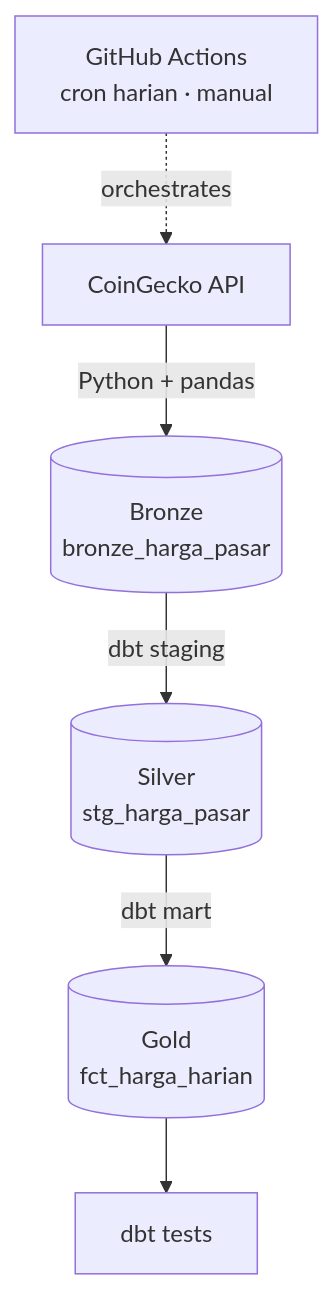
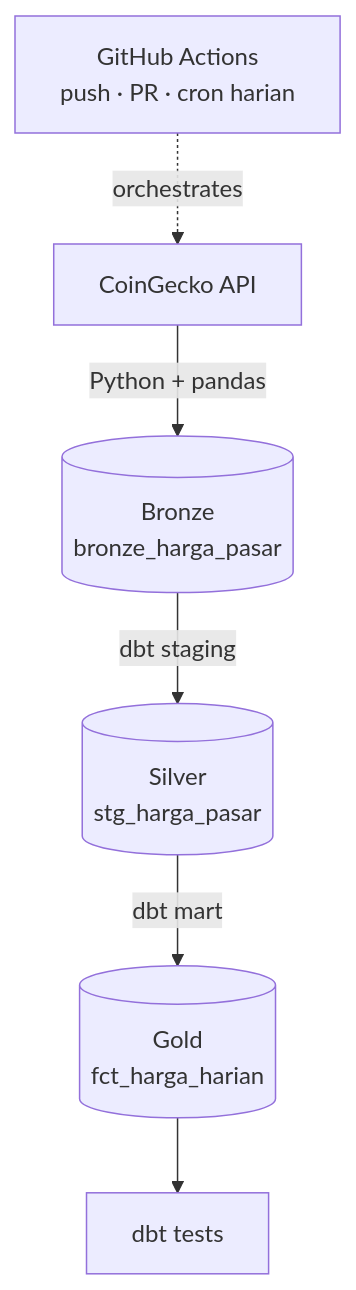
Before and after one commit to dimssrmdn01/commodex: the diagram in README.md, drawn with Mermaid. The commit also changed other lines of this file, not shown here.

`````diff
--- a/README.md
+++ b/README.md
@@ -19,8 +29,8 @@
-```mermaid
+````mermaid
 flowchart TD
     A[CoinGecko API] -->|Python + pandas| B[(Bronze<br/>bronze_harga_pasar)]
     B -->|dbt staging| C[(Silver<br/>stg_harga_pasar)]
     C -->|dbt mart| D[(Gold<br/>fct_harga_harian)]
     D --> E[dbt tests]
-    F[GitHub Actions<br/>cron harian · manual] -.->|orchestrates| A
-```
+    F[GitHub Actions<br/>push · PR · cron harian] -.->|orchestrates| A
+````
`````
